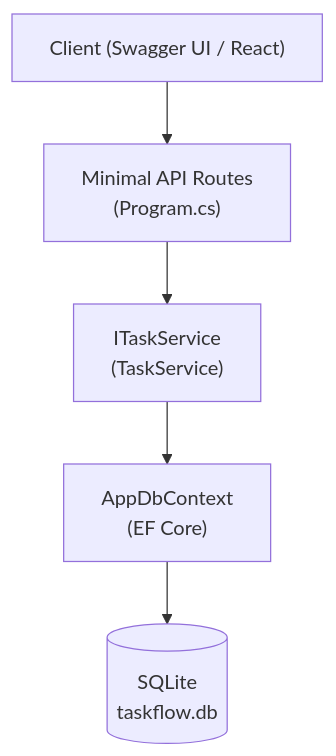
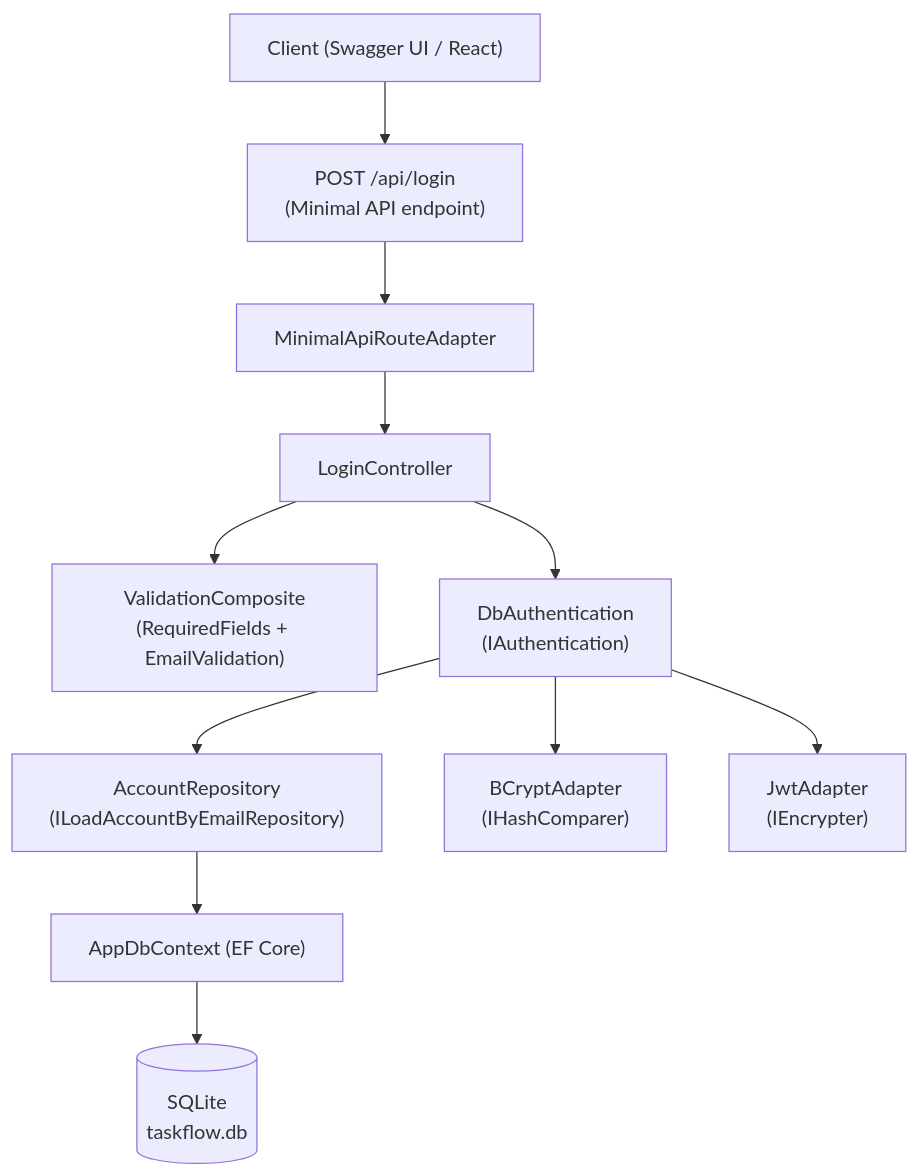
The first of 3 diagrams in .github/docs/technical/auth/post-auth-login.md (JoaoFPedro/dotnetPlan), drawn with Mermaid before and after one commit. The commit also changed other lines of this file, not shown here.

````diff
--- a/.github/docs/technical/auth/post-auth-login.md
+++ b/.github/docs/technical/auth/post-auth-login.md
@@ -24,13 +22,21 @@
 ```mermaid
 flowchart TD
     Client["Client (Swagger UI / React)"]
-    Routes["Minimal API Routes\n(Program.cs)"]
-    Service["ITaskService\n(TaskService)"]
-    DbCtx["AppDbContext\n(EF Core)"]
+    Route["POST /api/login\n(Minimal API endpoint)"]
+    Adapter["MinimalApiRouteAdapter"]
+    Ctrl["LoginController"]
+    Val["ValidationComposite\n(RequiredFields + EmailValidation)"]
+    Auth["DbAuthentication\n(IAuthentication)"]
+    Repo["AccountRepository\n(ILoadAccountByEmailRepository)"]
+    Hash["BCryptAdapter\n(IHashComparer)"]
+    Jwt["JwtAdapter\n(IEncrypter)"]
+    DbCtx["AppDbContext (EF Core)"]
     DB[("SQLite\ntaskflow.db")]
 
-    Client --> Routes
-    Routes --> Service
-    Service --> DbCtx
-    DbCtx --> DB
+    Client --> Route --> Adapter --> Ctrl
+    Ctrl --> Val
+    Ctrl --> Auth
+    Auth --> Repo --> DbCtx --> DB
+    Auth --> Hash
+    Auth --> Jwt
 ```
````
